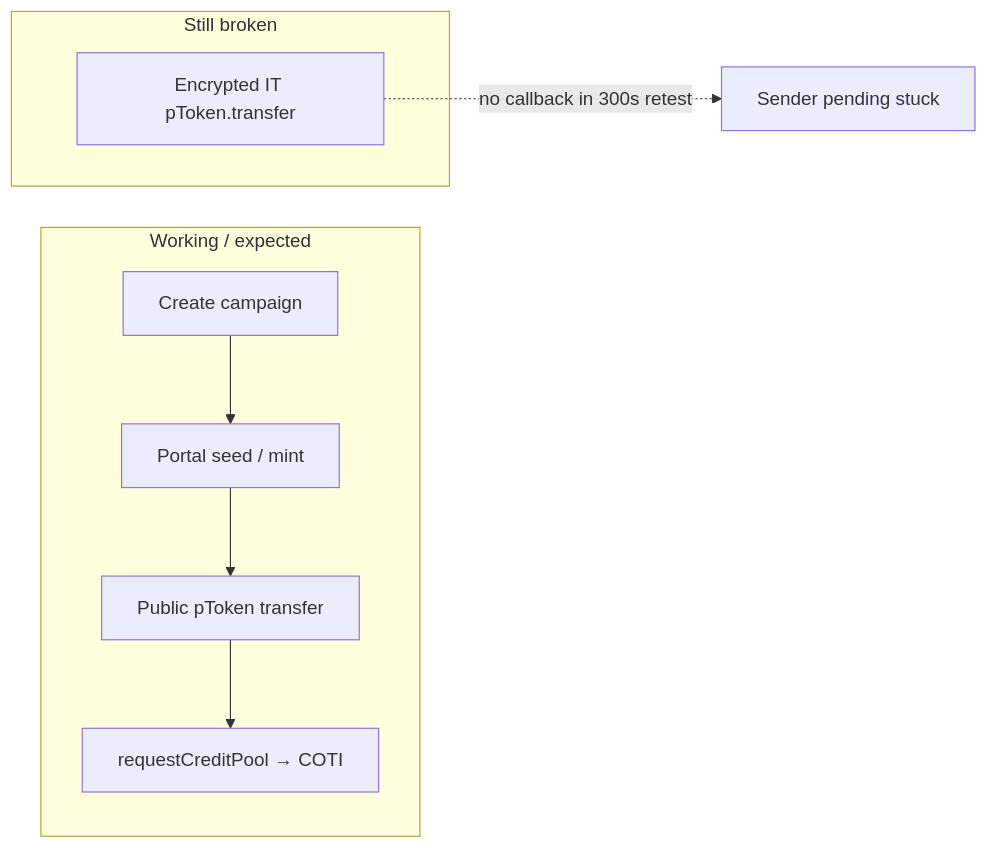
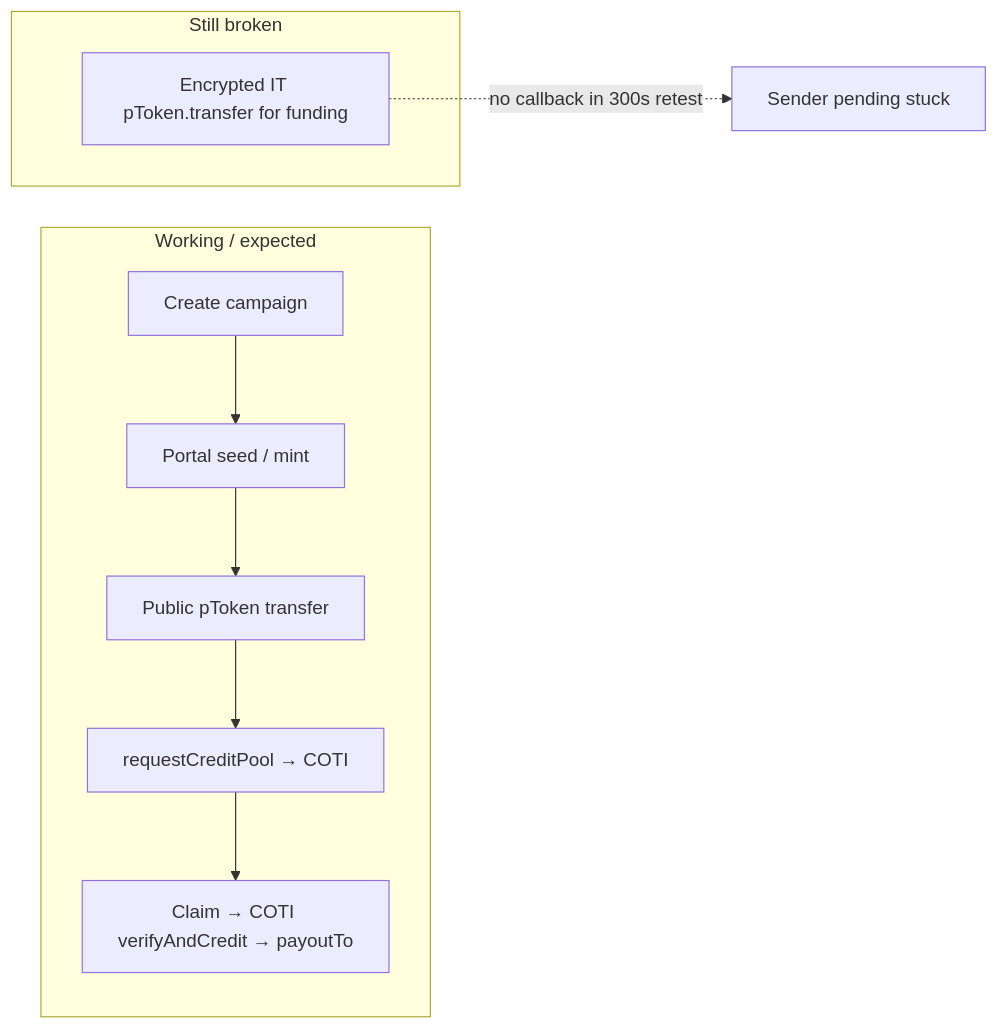
The diagram in ui/docs/README.md (cotitech-io/hrpayroll-ui), drawn with Mermaid before and after one commit. The commit also changed other lines of this file and 3 other files, not shown here.

````diff
--- a/ui/docs/README.md
+++ b/ui/docs/README.md
@@ -13,14 +14,15 @@
 ```mermaid
 flowchart LR
   subgraph ok [Working / expected]
     C[Create campaign]
     S[Portal seed / mint]
     T[Public pToken transfer]
     R[requestCreditPool → COTI]
+    V[Claim → COTI verifyAndCredit → payoutTo]
   end
   subgraph still [Still broken]
-    IT[Encrypted IT pToken.transfer]
+    IT[Encrypted IT pToken.transfer for funding]
   end
-  C --> S --> T --> R
+  C --> S --> T --> R --> V
   IT -.->|no callback in 300s retest| X[Sender pending stuck]
 ```
````
